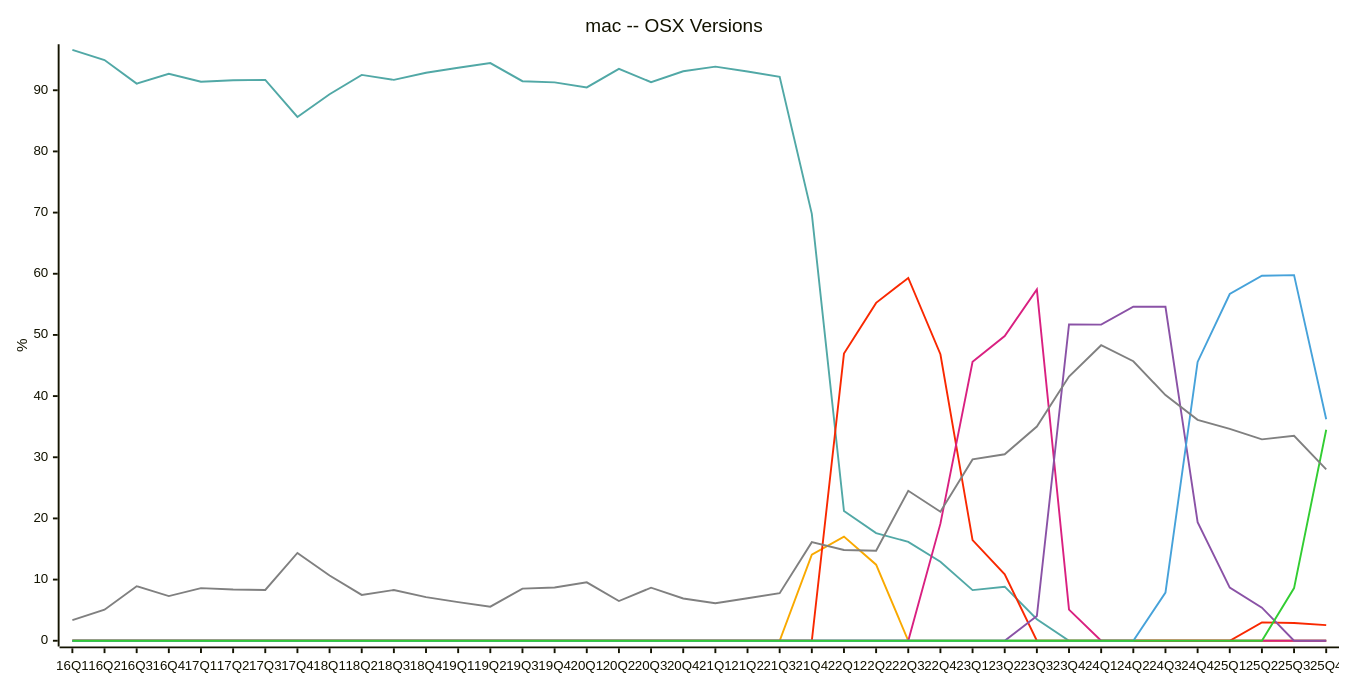
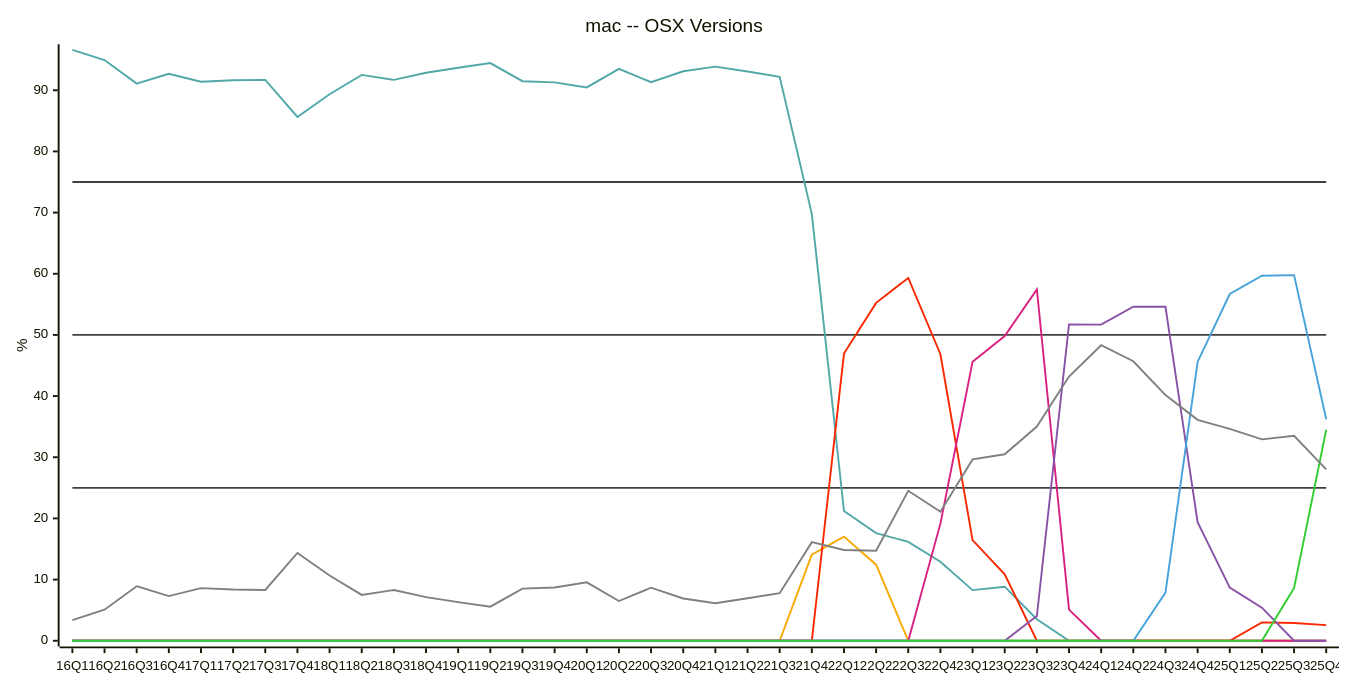
One commit to jdegene/steamHWsurvey changed diagram 15 of 29 in README.md. Above: the diagram before and after it, drawn with Mermaid. The commit also changed other lines of this file and 1 other file, not shown here.

````diff
--- a/README.md
+++ b/README.md
@@ -480,26 +489,29 @@
 ```mermaid
 ---
 config:
     xyChart:
         width: 1400
         height: 700
         
     themeVariables:
         xyChart:
-            plotColorPalette: "#51a8a6,#f9a900,#f92800,#d92080,#8a52a6,#46a2da,#32CD32,#808080"
+            plotColorPalette: "#404040,#404040,#404040,#51a8a6,#f9a900,#f92800,#d92080,#8a52a6,#46a2da,#32CD32,#808080"
 
 --- 
 
 xychart-beta
     title "mac -- OSX Versions"
     x-axis [16Q1, 16Q2, 16Q3, 16Q4, 17Q1, 17Q2, 17Q3, 17Q4, 18Q1, 18Q2, 18Q3, 18Q4, 19Q1, 19Q2, 19Q3, 19Q4, 20Q1, 20Q2, 20Q3, 20Q4, 21Q1, 21Q2, 21Q3, 21Q4, 22Q1, 22Q2, 22Q3, 22Q4, 23Q1, 23Q2, 23Q3, 23Q4, 24Q1, 24Q2, 24Q3, 24Q4, 25Q1, 25Q2, 25Q3, 25Q4]
     y-axis "%" 
+ line [25, 25, 25, 25, 25, 25, 25, 25, 25, 25, 25, 25, 25, 25, 25, 25, 25, 25, 25, 25, 25, 25, 25, 25, 25, 25, 25, 25, 25, 25, 25, 25, 25, 25, 25, 25, 25, 25, 25, 25]
+ line [50, 50, 50, 50, 50, 50, 50, 50, 50, 50, 50, 50, 50, 50, 50, 50, 50, 50, 50, 50, 50, 50, 50, 50, 50, 50, 50, 50, 50, 50, 50, 50, 50, 50, 50, 50, 50, 50, 50, 50]
+ line [75, 75, 75, 75, 75, 75, 75, 75, 75, 75, 75, 75, 75, 75, 75, 75, 75, 75, 75, 75, 75, 75, 75, 75, 75, 75, 75, 75, 75, 75, 75, 75, 75, 75, 75, 75, 75, 75, 75, 75]
     line [96.60666666666667, 94.94000000000001, 91.09, 92.69666666666666, 91.4, 91.63333333333333, 91.69999999999999, 85.64, 89.34333333333333, 92.51499999999999, 91.70333333333333, 92.86666666666666, 93.67999999999999, 94.44, 91.48333333333333, 91.28666666666666, 90.46, 93.5, 91.325, 93.10000000000001, 93.85666666666667, 93.06, 92.21000000000001, 69.78999999999999, 21.2, 17.6, 16.17, 12.925, 8.28, 8.836666666666666, 3.51, 0, 0, 0, 0, 0, 0, 0, 0, 0]
     line [0, 0, 0, 0, 0, 0, 0, 0, 0, 0, 0, 0, 0, 0, 0, 0, 0, 0, 0, 0, 0, 0, 0, 14.09, 17.03, 12.44, 0, 0, 0, 0, 0, 0, 0, 0, 0, 0, 0, 0, 0, 0]
     line [0, 0, 0, 0, 0, 0, 0, 0, 0, 0, 0, 0, 0, 0, 0, 0, 0, 0, 0, 0, 0, 0, 0, 0, 46.945, 55.24, 59.32000000000001, 46.839999999999996, 16.465000000000003, 10.86, 0, 0, 0, 0, 0, 0, 0, 3.0, 2.91, 2.55]
     line [0, 0, 0, 0, 0, 0, 0, 0, 0, 0, 0, 0, 0, 0, 0, 0, 0, 0, 0, 0, 0, 0, 0, 0, 0, 0, 0, 19.145, 45.595, 49.82, 57.43000000000001, 5.09, 0, 0, 0, 0, 0, 0, 0, 0]
     line [0, 0, 0, 0, 0, 0, 0, 0, 0, 0, 0, 0, 0, 0, 0, 0, 0, 0, 0, 0, 0, 0, 0, 0, 0, 0, 0, 0, 0, 0, 4.04, 51.71, 51.68000000000001, 54.62666666666666, 54.59666666666667, 19.37333333333333, 8.683333333333334, 5.413333333333333, 0, 0]
     line [0, 0, 0, 0, 0, 0, 0, 0, 0, 0, 0, 0, 0, 0, 0, 0, 0, 0, 0, 0, 0, 0, 0, 0, 0, 0, 0, 0, 0, 0, 0, 0, 0, 0, 7.869999999999999, 45.58333333333333, 56.68333333333333, 59.66666666666667, 59.776666666666664, 36.22]
     line [0, 0, 0, 0, 0, 0, 0, 0, 0, 0, 0, 0, 0, 0, 0, 0, 0, 0, 0, 0, 0, 0, 0, 0, 0, 0, 0, 0, 0, 0, 0, 0, 0, 0, 0, 0, 0, 0, 8.610000000000001, 34.495]
     line [3.38, 5.073333333333333, 8.92, 7.3, 8.61, 8.373333333333333, 8.3, 14.356666666666666, 10.673333333333336, 7.489999999999999, 8.296666666666667, 7.13, 6.3133333333333335, 5.57, 8.52, 8.709999999999999, 9.55, 6.49, 8.68, 6.905, 6.136666666666666, 6.946666666666666, 7.785, 16.12, 14.829999999999998, 14.719999999999999, 24.52, 21.085, 29.65, 30.493333333333332, 35.02, 43.205, 48.32, 45.7, 40.160000000000004, 36.11333333333333, 34.63666666666666, 32.92, 33.513333333333335, 28.015]
 ``` 
````
